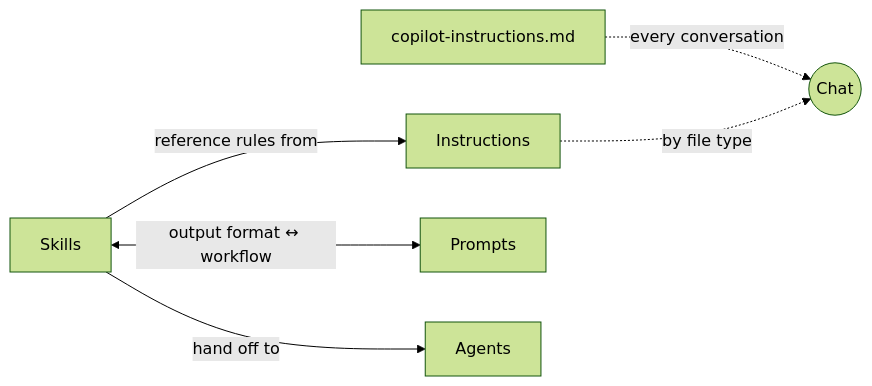
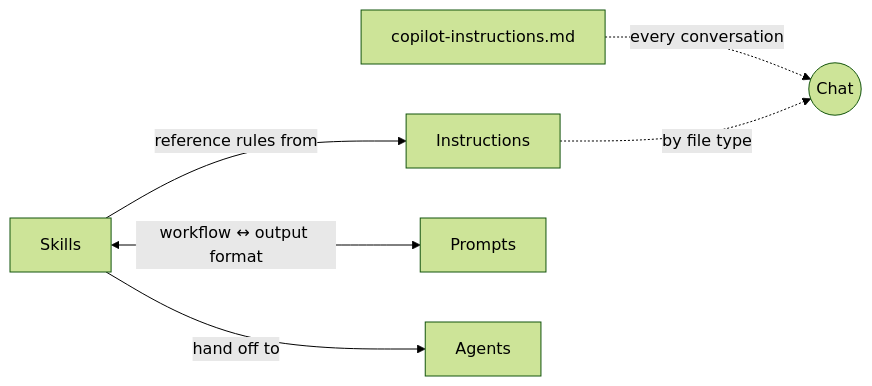
Before and after one commit to zexion7873/copilot-setting: the second of 2 diagrams in README.md, drawn with Mermaid (forest theme). The commit also changed 1 other file, not shown here.

Commit message:
fix(docs): swap Skills/Prompts label direction in cross-reference diagram

````diff
--- a/README.md
+++ b/README.md
@@ -196,8 +196,8 @@
 ```mermaid
 flowchart LR
     CI[copilot-instructions.md] -.->|every conversation| Chat((Chat))
     Inst[Instructions] -.->|by file type| Chat
     Skills -->|reference rules from| Inst
-    Skills <-->|output format ↔ workflow| Prompts
+    Skills <-->|workflow ↔ output format| Prompts
     Skills -->|hand off to| Agents
 ```
````
